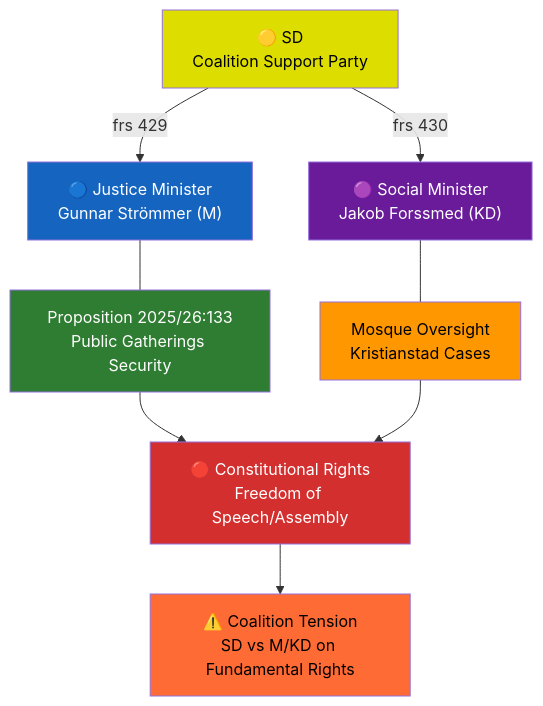
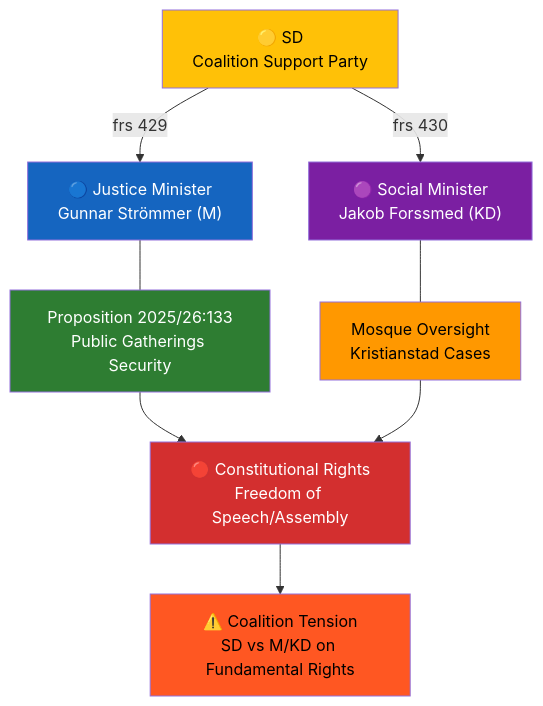
The diagram in analysis/daily/2026-04-09/interpellations/synthesis-summary.md (Hack23/riksdagsmonitor), drawn with Mermaid before and after one commit. The commit also changed 121 other files, not shown here.

````diff
--- a/analysis/daily/2026-04-09/interpellations/synthesis-summary.md
+++ b/analysis/daily/2026-04-09/interpellations/synthesis-summary.md
@@ -39,21 +39,21 @@
 ```mermaid
 graph TD
     SD["🟡 SD<br/>Coalition Support Party"] -->|"frs 429"| M["🔵 Justice Minister<br/>Gunnar Strömmer (M)"]
     SD -->|"frs 430"| KD["🟣 Social Minister<br/>Jakob Forssmed (KD)"]
     
     M --- P133["Proposition 2025/26:133<br/>Public Gatherings Security"]
     KD --- MOSQUE["Mosque Oversight<br/>Kristianstad Cases"]
     
     P133 --> RIGHTS["🔴 Constitutional Rights<br/>Freedom of Speech/Assembly"]
     MOSQUE --> RIGHTS
     
     RIGHTS --> COALITION["⚠️ Coalition Tension<br/>SD vs M/KD on Fundamental Rights"]
     
-    style SD fill:#DDDD00,color:#000000
+    style SD fill:#FFC107,color:#000000
     style M fill:#1565C0,color:#FFFFFF
-    style KD fill:#6A1B9A,color:#FFFFFF
+    style KD fill:#7B1FA2,color:#FFFFFF
     style RIGHTS fill:#D32F2F,color:#FFFFFF
-    style COALITION fill:#FF6B35,color:#000000
+    style COALITION fill:#FF5722,color:#000000
     style P133 fill:#2E7D32,color:#FFFFFF
     style MOSQUE fill:#FF9800,color:#000000
 ```
````
